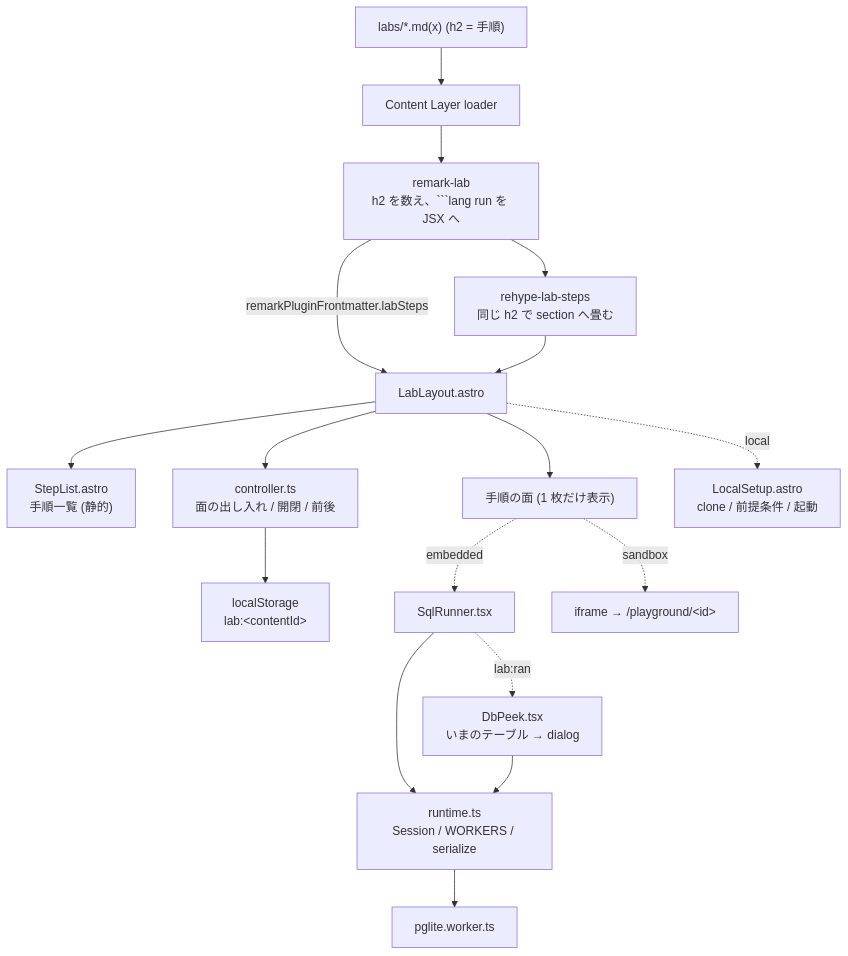
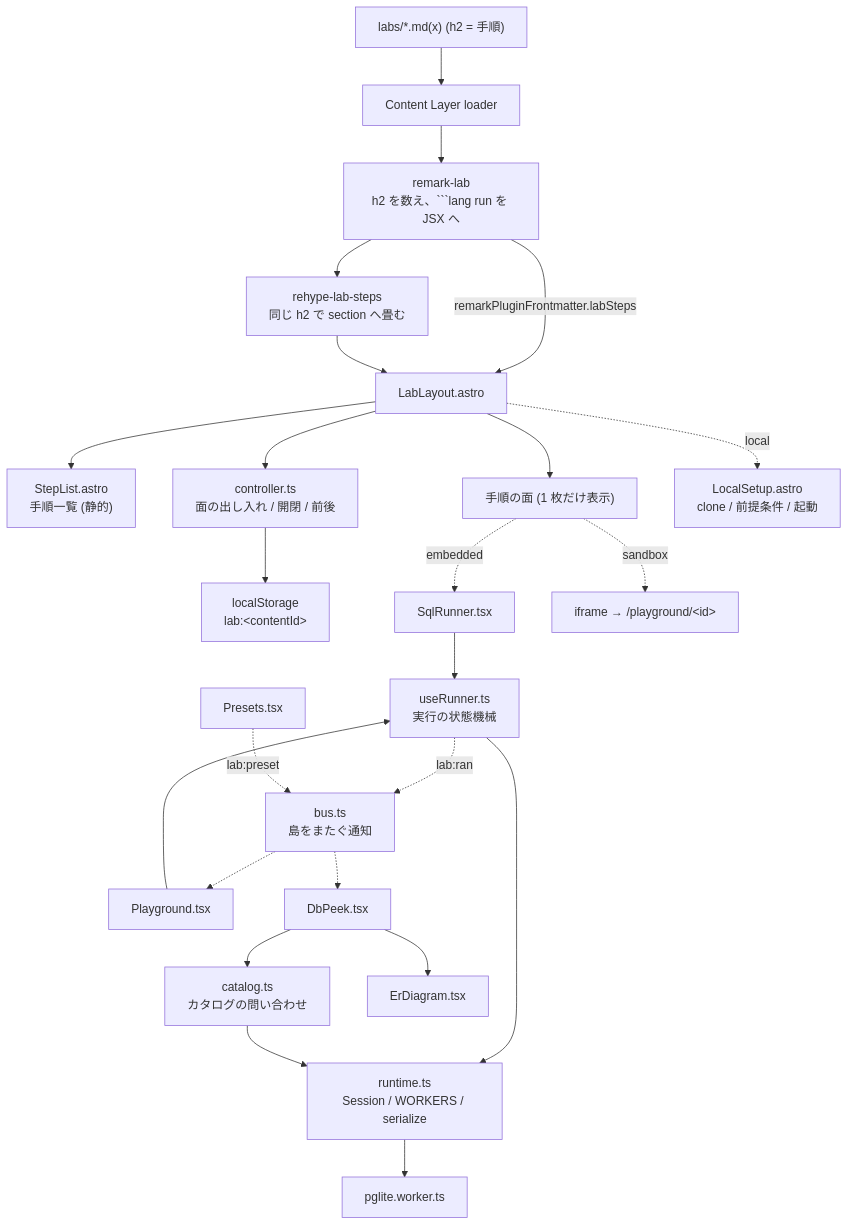
The second of 2 diagrams in design/features/interactive/DesignDoc_interactive.md (Fukuemon/fukuemon.dev), drawn with Mermaid before and after one commit. The commit also changed other lines of this file and 6 other files, not shown here.

````diff
--- a/design/features/interactive/DesignDoc_interactive.md
+++ b/design/features/interactive/DesignDoc_interactive.md
@@ -287,19 +308,26 @@
 ```mermaid
 flowchart TD
     md["labs/*.md(x) (h2 = 手順)"] --> loader["Content Layer loader"]
     loader --> remark["remark-lab<br/>h2 を数え、```lang run を JSX へ"]
     remark -->|"remarkPluginFrontmatter.labSteps"| layout["LabLayout.astro"]
     remark --> rehype["rehype-lab-steps<br/>同じ h2 で section へ畳む"]
     rehype --> layout
     layout --> list["StepList.astro<br/>手順一覧 (静的)"]
     layout --> ctl["controller.ts<br/>面の出し入れ / 開閉 / 前後"]
     ctl --> ls["localStorage<br/>lab:&lt;contentId&gt;"]
     layout --> body["手順の面 (1 枚だけ表示)"]
     body -.->|"embedded"| runner["SqlRunner.tsx"]
-    runner --> rt["runtime.ts<br/>Session / WORKERS / serialize"]
+    pg["Playground.tsx"] --> hook
+    runner --> hook["useRunner.ts<br/>実行の状態機械"]
+    hook --> rt["runtime.ts<br/>Session / WORKERS / serialize"]
     rt --> w["pglite.worker.ts"]
-    runner -.->|"lab:ran"| peek["DbPeek.tsx<br/>いまのテーブル → dialog"]
-    peek --> rt
+    hook -.->|"lab:ran"| bus["bus.ts<br/>島をまたぐ通知"]
+    preset["Presets.tsx"] -.->|"lab:preset"| bus
+    bus -.-> pg
+    bus -.-> peek["DbPeek.tsx"]
+    peek --> cat["catalog.ts<br/>カタログの問い合わせ"]
+    cat --> rt
+    peek --> er["ErDiagram.tsx"]
     body -.->|"sandbox"| frame["iframe → /playground/&lt;id&gt;"]
     layout -.->|"local"| setup["LocalSetup.astro<br/>clone / 前提条件 / 起動"]
 ```
````
